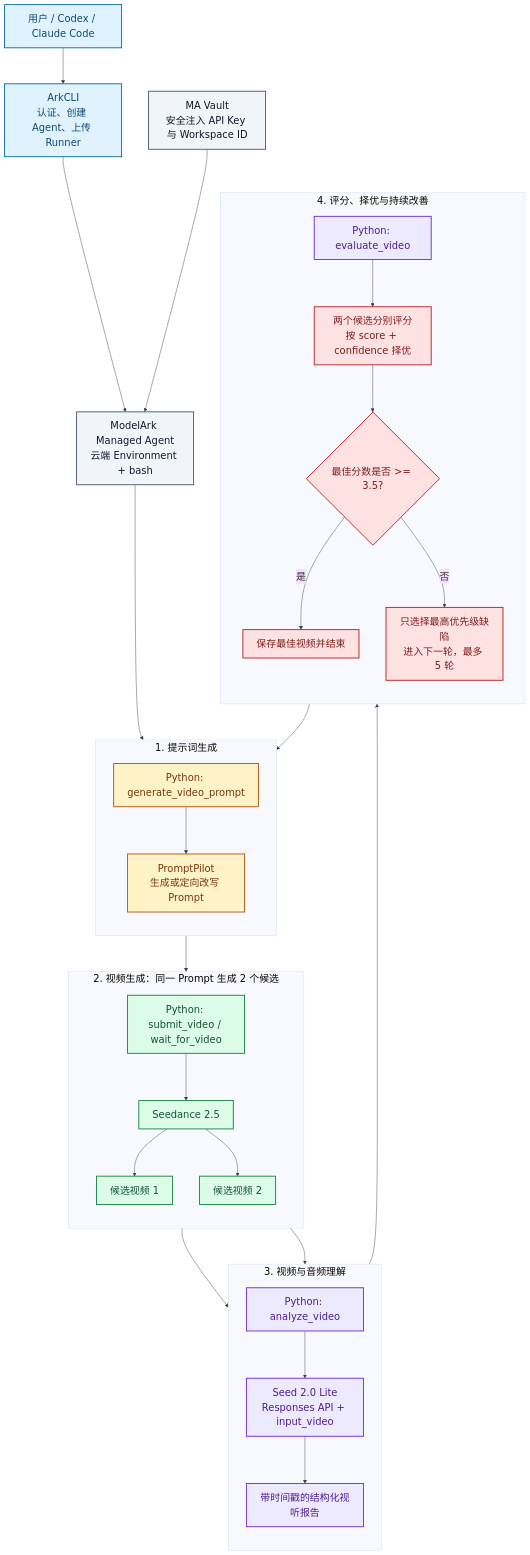
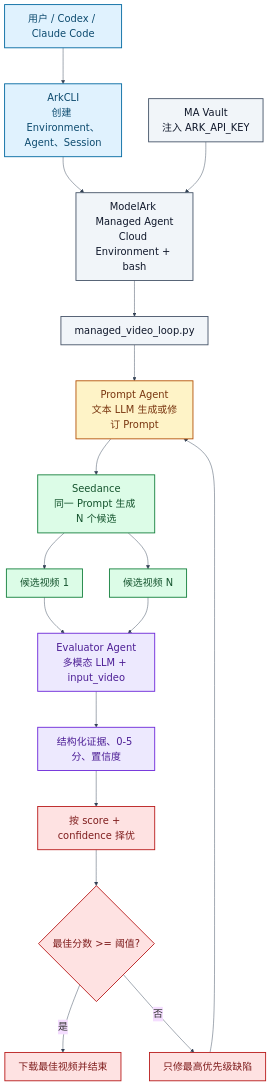
The diagram in docs/guide.zh-CN.md (xieyongliang/promptpilot-seedance-managed-loop), drawn with Mermaid before and after one commit. The commit also changed other lines of this file and 13 other files, not shown here.

Commit message:
Replace external evaluation with direct LLM video scoring

````diff
--- a/docs/guide.zh-CN.md
+++ b/docs/guide.zh-CN.md
@@ -11,53 +11,34 @@
 ```mermaid
 %%{init: {"theme": "base", "themeVariables": {"fontSize": "22px", "fontFamily": "Arial, sans-serif", "lineColor": "#334155"}, "flowchart": {"nodeSpacing": 60, "rankSpacing": 80, "curve": "basis"}}}%%
 flowchart TB
-    U["用户 / Codex / Claude Code"] --> CLI["ArkCLI<br/>认证、创建 Agent、上传 Runner"]
-    CLI --> MA["ModelArk Managed Agent<br/>云端 Environment + bash"]
-    VAULT["MA Vault<br/>安全注入 API Key 与 Workspace ID"] --> MA
+    U["用户 / Codex / Claude Code"] --> CLI["ArkCLI<br/>创建 Environment、Agent、Session"]
+    CLI --> MA["ModelArk Managed Agent<br/>Cloud Environment + bash"]
+    VAULT["MA Vault<br/>注入 ARK_API_KEY"] --> MA
 
-    subgraph G1["1. 提示词生成"]
-        direction TB
-        PG["Python: generate_video_prompt"] --> PP["PromptPilot<br/>生成或定向改写 Prompt"]
-    end
-
-    subgraph G2["2. 视频生成：同一 Prompt 生成 2 个候选"]
-        direction TB
-        VS["Python: submit_video / wait_for_video"] --> SD["Seedance 2.5"]
-        SD --> C1["候选视频 1"]
-        SD --> C2["候选视频 2"]
-    end
-
-    subgraph G3["3. 视频与音频理解"]
-        direction TB
-        ANALYZE["Python: analyze_video"] --> SL["Seed 2.0 Lite<br/>Responses API + input_video"]
-        SL --> REPORT["带时间戳的结构化视听报告"]
-    end
-
-    subgraph G4["4. 评分、择优与持续改善"]
-        direction TB
-        PE["Python: evaluate_video"] --> SCORE["两个候选分别评分<br/>按 score + confidence 择优"]
-        SCORE --> CHECK{"最佳分数是否 >= 3.5?"}
-        CHECK -->|"是"| DONE["保存最佳视频并结束"]
-        CHECK -->|"否"| FIX["只选择最高优先级缺陷<br/>进入下一轮，最多 5 轮"]
-    end
-
-    MA --> PG
-    PP --> VS
-    C1 --> ANALYZE
-    C2 --> ANALYZE
-    REPORT --> PE
-    FIX --> PG
+    MA --> RUNNER["managed_video_loop.py"]
+    RUNNER --> PA["Prompt Agent<br/>文本 LLM 生成或修订 Prompt"]
+    PA --> SD["Seedance<br/>同一 Prompt 生成 N 个候选"]
+    SD --> C1["候选视频 1"]
+    SD --> C2["候选视频 N"]
+    C1 --> EA["Evaluator Agent<br/>多模态 LLM + input_video"]
+    C2 --> EA
+    EA --> SCORE["结构化证据、0-5 分、置信度"]
+    SCORE --> BEST["按 score + confidence 择优"]
+    BEST --> CHECK{"最佳分数 >= 阈值?"}
+    CHECK -->|"是"| DONE["下载最佳视频并结束"]
+    CHECK -->|"否"| FIX["只修最高优先级缺陷"]
+    FIX --> PA
 
     classDef entry fill:#e0f2fe,stroke:#0369a1,stroke-width:2px,color:#0c4a6e;
     classDef control fill:#f1f5f9,stroke:#475569,stroke-width:2px,color:#0f172a;
     classDef prompt fill:#fef3c7,stroke:#b45309,stroke-width:2px,color:#78350f;
     classDef video fill:#dcfce7,stroke:#15803d,stroke-width:2px,color:#14532d;
-    classDef analysis fill:#ede9fe,stroke:#6d28d9,stroke-width:2px,color:#4c1d95;
+    classDef eval fill:#ede9fe,stroke:#6d28d9,stroke-width:2px,color:#4c1d95;
     classDef decision fill:#fee2e2,stroke:#b91c1c,stroke-width:2px,color:#7f1d1d;
     class U,CLI entry;
-    class MA,VAULT control;
-    class PG,PP prompt;
-    class VS,SD,C1,C2 video;
-    class ANALYZE,SL,REPORT,PE analysis;
-    class SCORE,CHECK,FIX,DONE decision;
+    class MA,VAULT,RUNNER control;
+    class PA prompt;
+    class SD,C1,C2 video;
+    class EA,SCORE eval;
+    class BEST,CHECK,FIX,DONE decision;
 ```
````
